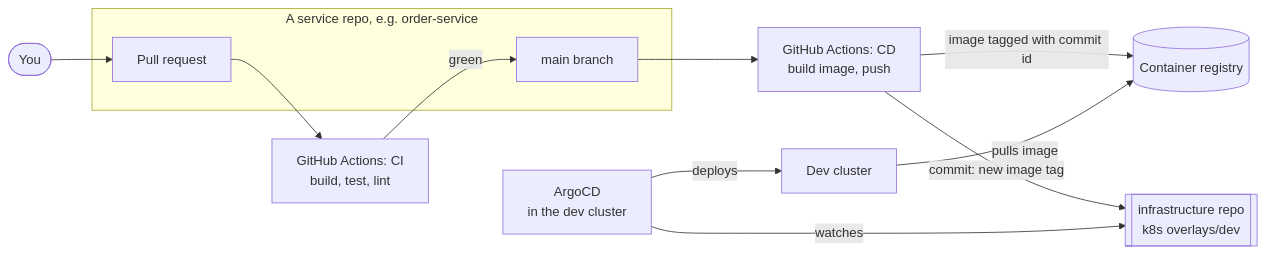
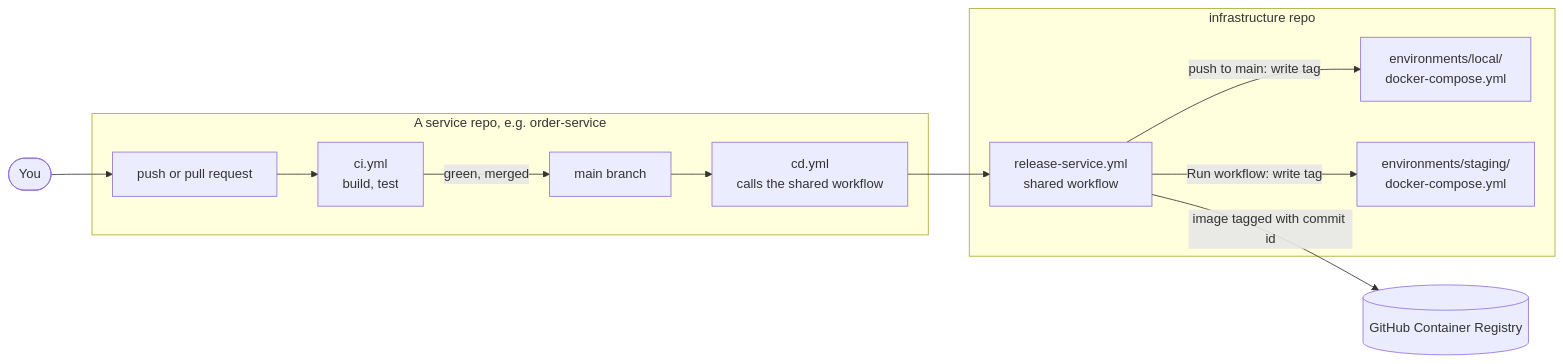
One commit to MotoXpress-wicky/infrastructure changed the diagram in docs/mvp/13-ci-cd.md. Above: the diagram before and after it, drawn with Mermaid. The commit also changed other lines of this file and 17 other files, not shown here.

````diff
--- a/docs/mvp/13-ci-cd.md
+++ b/docs/mvp/13-ci-cd.md
@@ -7,24 +7,25 @@
 ```mermaid
 flowchart LR
     dev([You])
     subgraph svcrepo [A service repo, e.g. order-service]
-        pr["Pull request"]
+        push["push or pull request"]
         main["main branch"]
+        ci["ci.yml<br/>build, test"]
+        cd["cd.yml<br/>calls the shared workflow"]
     end
-    ci["GitHub Actions: CI<br/>build, test, lint"]
-    cd["GitHub Actions: CD<br/>build image, push"]
-    acr[("Container registry")]
-    infra[["infrastructure repo<br/>k8s overlays/dev"]]
-    argocd["ArgoCD<br/>in the dev cluster"]
-    cluster["Dev cluster"]
+    subgraph infra [infrastructure repo]
+        shared["release-service.yml<br/>shared workflow"]
+        local["environments/local/<br/>docker-compose.yml"]
+        staging["environments/staging/<br/>docker-compose.yml"]
+    end
+    ghcr[("GitHub Container Registry")]
 
-    dev --> pr
-    pr --> ci
-    ci -->|green| main
+    dev --> push
+    push --> ci
+    ci -->|"green, merged"| main
     main --> cd
-    cd -->|"image tagged with commit id"| acr
-    cd -->|"commit: new image tag"| infra
-    argocd -->|watches| infra
-    argocd -->|deploys| cluster
-    cluster -->|pulls image| acr
+    cd --> shared
+    shared -->|"image tagged with commit id"| ghcr
+    shared -->|"push to main: write tag"| local
+    shared -->|"Run workflow: write tag"| staging
 ```
````
